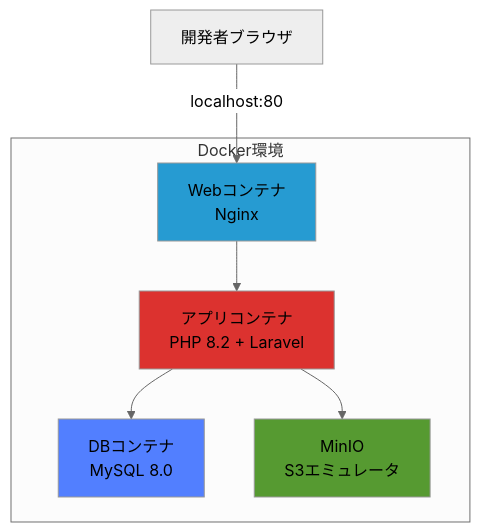
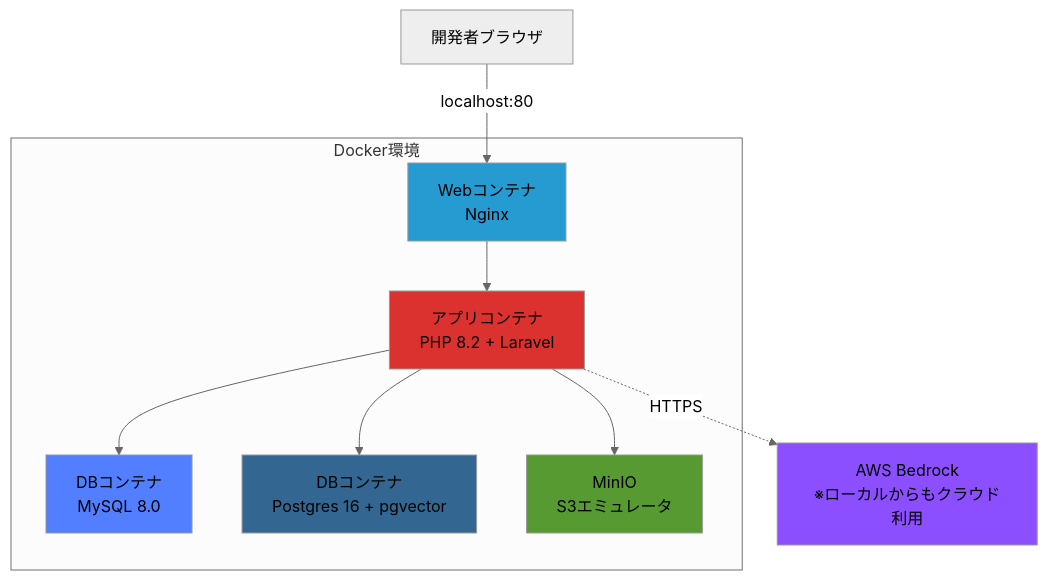
Before and after one commit to tetsu2026/movie-profile: the second of 3 diagrams in docs/design-docs/02_architecture.md, drawn with Mermaid (neutral theme). The commit also changed other lines of this file and 10 other files, not shown here.

````diff
--- a/docs/design-docs/02_architecture.md
+++ b/docs/design-docs/02_architecture.md
@@ -48,19 +55,24 @@
 ```mermaid
 graph TB
     subgraph "Docker環境"
         Web[Webコンテナ<br/>Nginx]
         App[アプリコンテナ<br/>PHP 8.2 + Laravel]
         DB[DBコンテナ<br/>MySQL 8.0]
+        DBPG[DBコンテナ<br/>Postgres 16 + pgvector]
         LocalS3[MinIO<br/>S3エミュレータ]
     end
 
     Browser[開発者ブラウザ] -->|localhost:80| Web
     Web --> App
     App --> DB
+    App --> DBPG
     App --> LocalS3
+    App -.->|HTTPS| BedrockCloud[AWS Bedrock<br/>※ローカルからもクラウド利用]
 
     style Web fill:#269bd2
     style App fill:#dc322f
     style DB fill:#527FFF
+    style DBPG fill:#336791
     style LocalS3 fill:#569A31
+    style BedrockCloud fill:#8C4FFF
 ```
````
